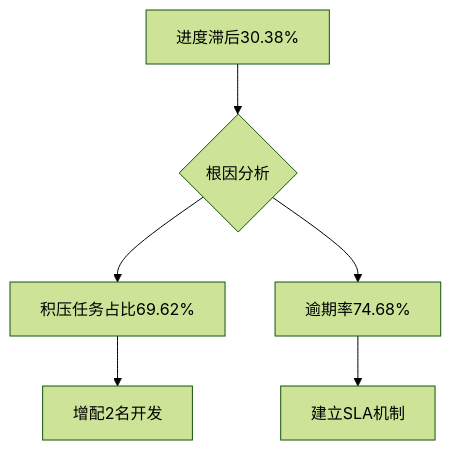
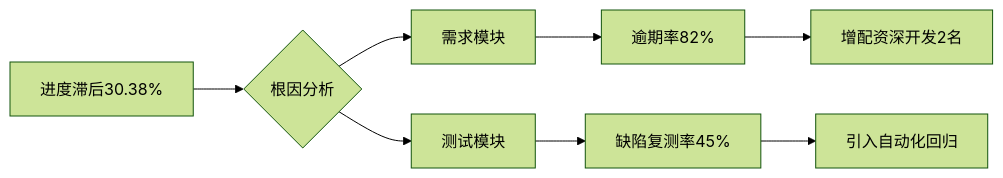
Before and after one commit to xcancloud/AngusOfficialWebsite: the diagram in www/zh/docs/tester/ui/kanban/cto.md, drawn with Mermaid (forest theme). The commit also changed other lines of this file and 2 other files, not shown here.

````diff
--- a/www/zh/docs/tester/ui/kanban/cto.md
+++ b/www/zh/docs/tester/ui/kanban/cto.md
@@ -110,8 +102,8 @@
 ```mermaid
-graph TD
+graph LR
     A[进度滞后30.38%] --> B{根因分析}
-    B --> C[积压任务占比69.62%]
-    B --> D[逾期率74.68%]
-    C --> E[增配2名开发]
-    D --> F[建立SLA机制]
+    B --> C[需求模块] --> C1[逾期率82%]
+    B --> D[测试模块] --> D1[缺陷复测率45%]
+    C1 --> E[增配资深开发2名]
+    D1 --> F[引入自动化回归]
 ```
````
